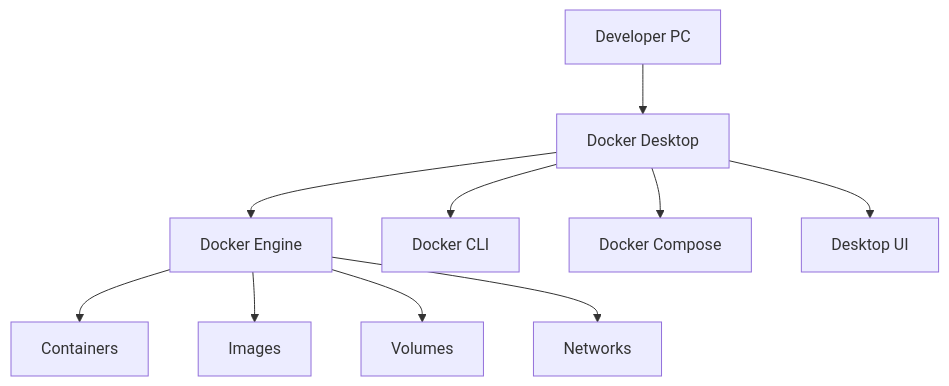
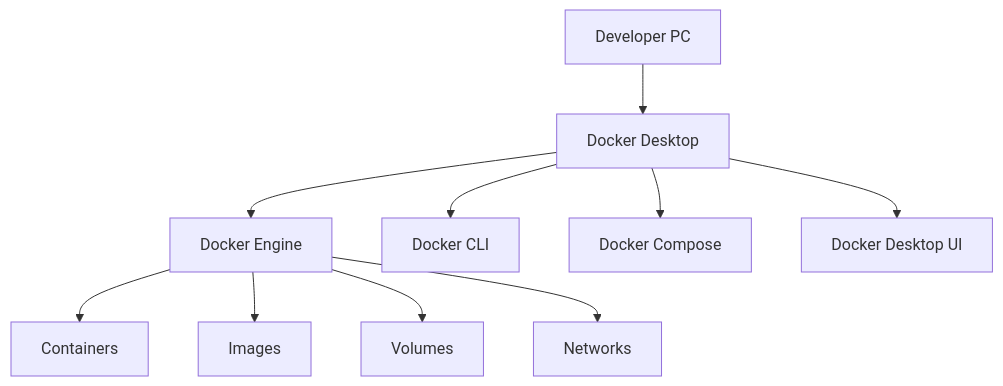
One commit to Team-Microserver/microserver-docs changed the second of 3 diagrams in docs/02_development_environment/03_macos/06_docker/docker_desktop_setup.md. Above: the diagram before and after it, drawn with Mermaid. The commit also changed other lines of this file and 17 other files, not shown here.

````diff
--- a/docs/02_development_environment/03_macos/06_docker/docker_desktop_setup.md
+++ b/docs/02_development_environment/03_macos/06_docker/docker_desktop_setup.md
@@ -67,15 +48,15 @@
 ```mermaid
 flowchart TB
     PC[Developer PC]
     PC --> DD[Docker Desktop]
 
     DD --> ENGINE[Docker Engine]
     DD --> CLI[Docker CLI]
     DD --> COMPOSE[Docker Compose]
-    DD --> UI[Desktop UI]
+    DD --> UI[Docker Desktop UI]
 
     ENGINE --> CONTAINER[Containers]
     ENGINE --> IMAGE[Images]
     ENGINE --> VOLUME[Volumes]
     ENGINE --> NETWORK[Networks]
 ```
````
